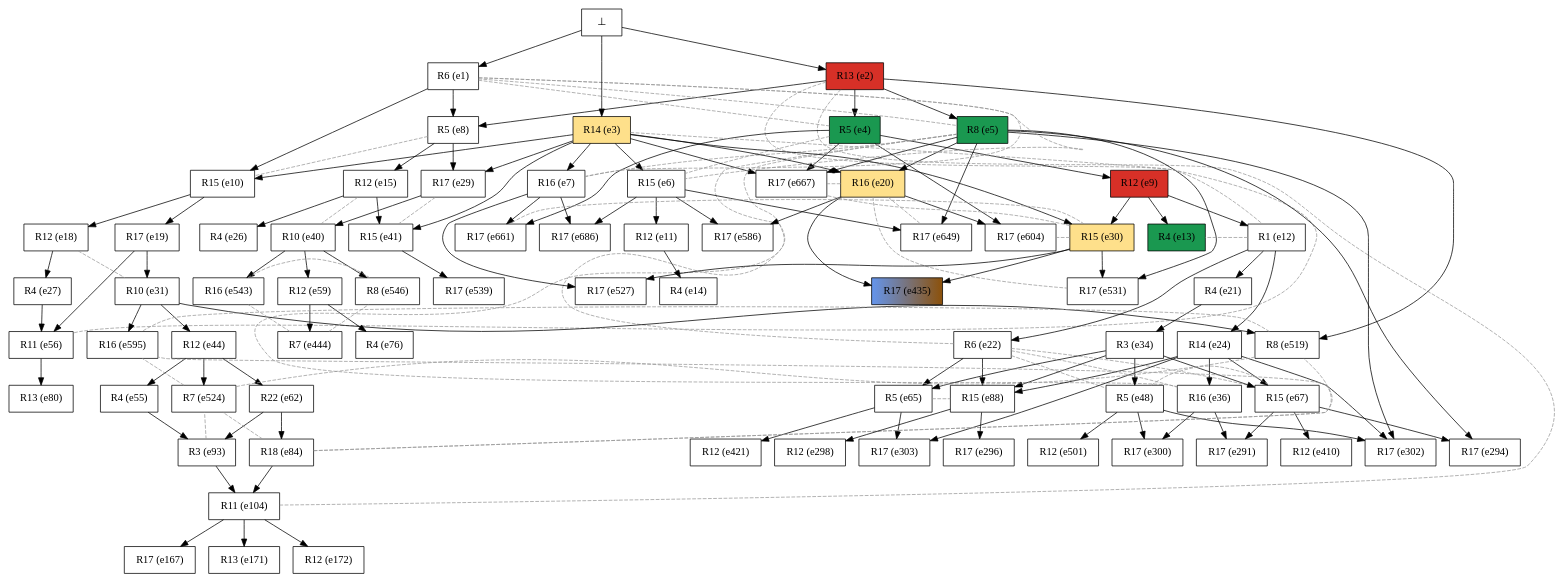
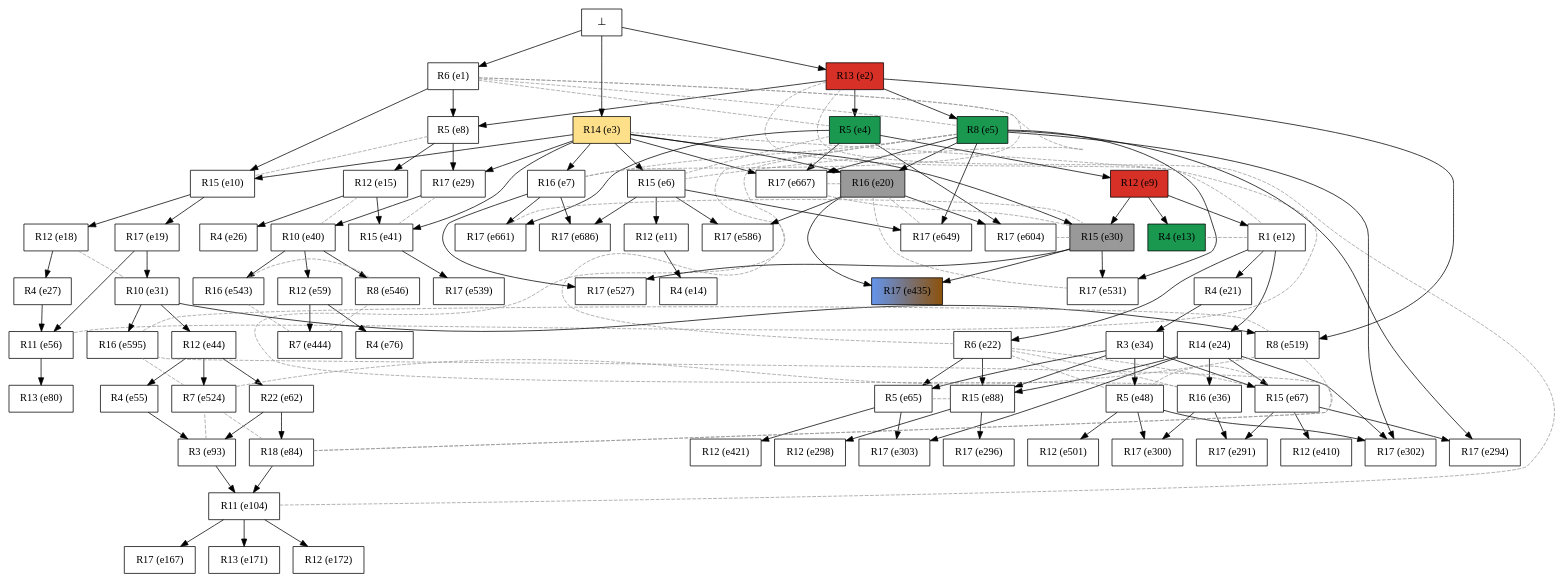
The diagram in examples/oursin_tasmanie/mrk_instances/alg2urc/tasmanian_perturb_final_pr_unf_ins8_alg2urc_colored.dot (giannkas/ecofolder), drawn with Graphviz before and after one commit. The commit also changed 102 other files, not shown here.

```diff
--- a/examples/oursin_tasmanie/mrk_instances/alg2urc/tasmanian_perturb_final_pr_unf_ins8_alg2urc_colored.dot
+++ b/examples/oursin_tasmanie/mrk_instances/alg2urc/tasmanian_perturb_final_pr_unf_ins8_alg2urc_colored.dot
@@ -159,14 +159,14 @@
   e15 [color="black" fillcolor="white:white" label="R12 (e15)" shape=box style=filled];
   e18 [color="black" fillcolor="white:white" label="R12 (e18)" shape=box style=filled];
   e19 [color="black" fillcolor="white:white" label="R17 (e19)" shape=box style=filled];
-  e20 [color="black" fillcolor="#fee08b:#fee08b" label="R16 (e20)" shape=box style=filled];
+  e20 [color="black" fillcolor="gray60:gray60" label="R16 (e20)" shape=box style=filled];
   e21 [color="black" fillcolor="white:white" label="R4 (e21)" shape=box style=filled];
   e22 [color="black" fillcolor="white:white" label="R6 (e22)" shape=box style=filled];
   e24 [color="black" fillcolor="white:white" label="R14 (e24)" shape=box style=filled];
   e26 [color="black" fillcolor="white:white" label="R4 (e26)" shape=box style=filled];
   e27 [color="black" fillcolor="white:white" label="R4 (e27)" shape=box style=filled];
   e29 [color="black" fillcolor="white:white" label="R17 (e29)" shape=box style=filled];
-  e30 [color="black" fillcolor="#fee08b:#fee08b" label="R15 (e30)" shape=box style=filled];
+  e30 [color="black" fillcolor="gray60:gray60" label="R15 (e30)" shape=box style=filled];
   e31 [color="black" fillcolor="white:white" label="R10 (e31)" shape=box style=filled];
   e34 [color="black" fillcolor="white:white" label="R3 (e34)" shape=box style=filled];
   e36 [color="black" fillcolor="white:white" label="R16 (e36)" shape=box style=filled];
```
